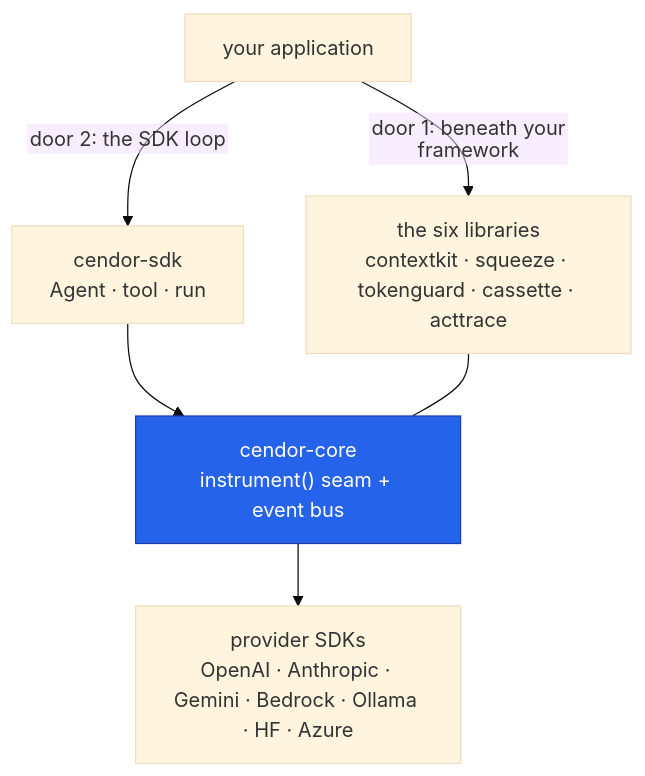
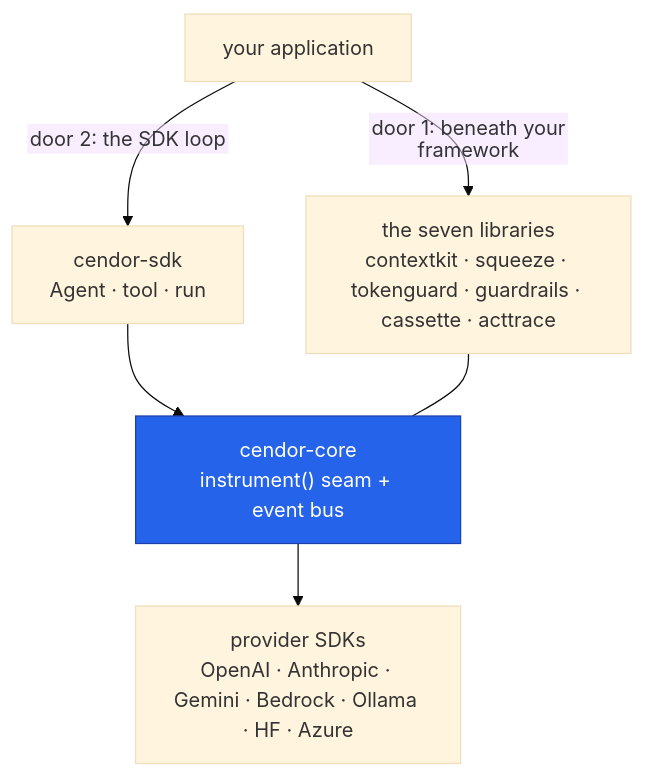
Before and after one commit to cendorhq/cendor-sdk: the diagram in README.md, drawn with Mermaid (base theme). The commit also changed other lines of this file and 1 other file, not shown here.

Commit message:
docs: seven libraries in the README + SDK docs diagram
Post-guardrails cleanup: the "second door" note and the door-1/door-2 mermaid in
both the README and docs/index.md still said "the six libraries" and omitted
guardrails from the pipeline. Now "seven libraries" with guardrails in the list
(contextkit · squeeze · tokenguard · guardrails · cassette · acttrace).

````diff
--- a/README.md
+++ b/README.md
@@ -93,17 +93,17 @@
 ```mermaid
 %%{init: {"flowchart": {"htmlLabels": false}} }%%
 graph TD
     APP["your application"]
     SDK["cendor-sdk<br/>Agent · tool · run"]
-    LIBS["the six libraries<br/>contextkit · squeeze · tokenguard · cassette · acttrace"]
+    LIBS["the seven libraries<br/>contextkit · squeeze · tokenguard · guardrails · cassette · acttrace"]
     CORE["cendor-core<br/>instrument() seam + event bus"]
     PROV["provider SDKs<br/>OpenAI · Anthropic · Gemini · Bedrock · Ollama · HF · Azure"]
 
     APP -->|"door 2: the SDK loop"| SDK --> CORE
     APP -->|"door 1: beneath your framework"| LIBS
     LIBS --- CORE
     CORE --> PROV
 
     classDef seam fill:#2563EB,color:#ffffff,stroke:#1E40AF;
     class CORE seam;
 ```
````
